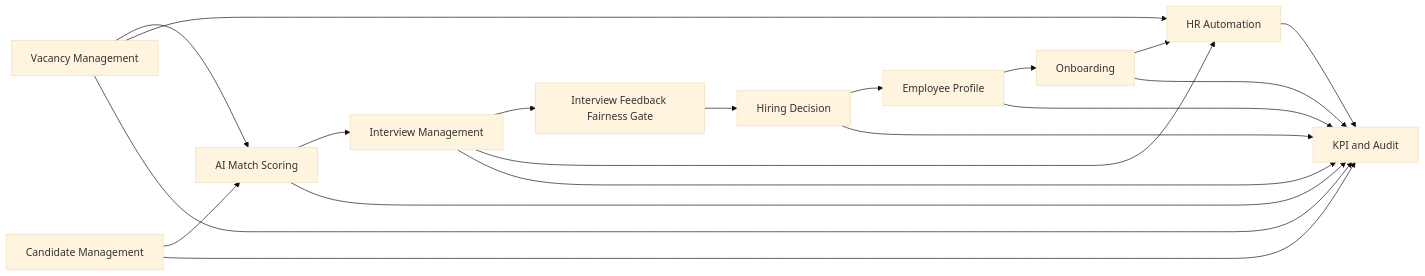
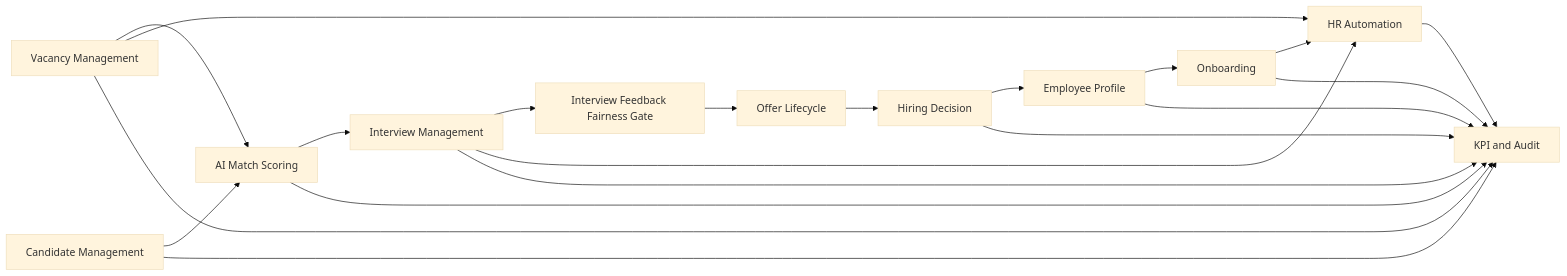
One commit to RubiFoc/hrm changed the third of 18 diagrams in docs/architecture/diagrams.md. Above: the diagram before and after it, drawn with Mermaid (base theme). The commit also changed other lines of this file and 28 other files, not shown here.

````diff
--- a/docs/architecture/diagrams.md
+++ b/docs/architecture/diagrams.md
@@ -117,33 +117,35 @@
 ```mermaid
 flowchart LR
   VAC[Vacancy Management]
   CAND[Candidate Management]
   SCORE[AI Match Scoring]
   INT[Interview Management]
   FAIR[Interview Feedback Fairness Gate]
+  OFFER[Offer Lifecycle]
   HIRE[Hiring Decision]
   EMP[Employee Profile]
   ONB[Onboarding]
   AUTO[HR Automation]
   KPI[KPI and Audit]
 
   VAC --> SCORE
   CAND --> SCORE
   SCORE --> INT
   INT --> FAIR
-  FAIR --> HIRE
+  FAIR --> OFFER
+  OFFER --> HIRE
   HIRE --> EMP
   EMP --> ONB
   VAC --> AUTO
   INT --> AUTO
   ONB --> AUTO
 
   VAC --> KPI
   CAND --> KPI
   SCORE --> KPI
   INT --> KPI
   HIRE --> KPI
   EMP --> KPI
   ONB --> KPI
   AUTO --> KPI
 ```
````
